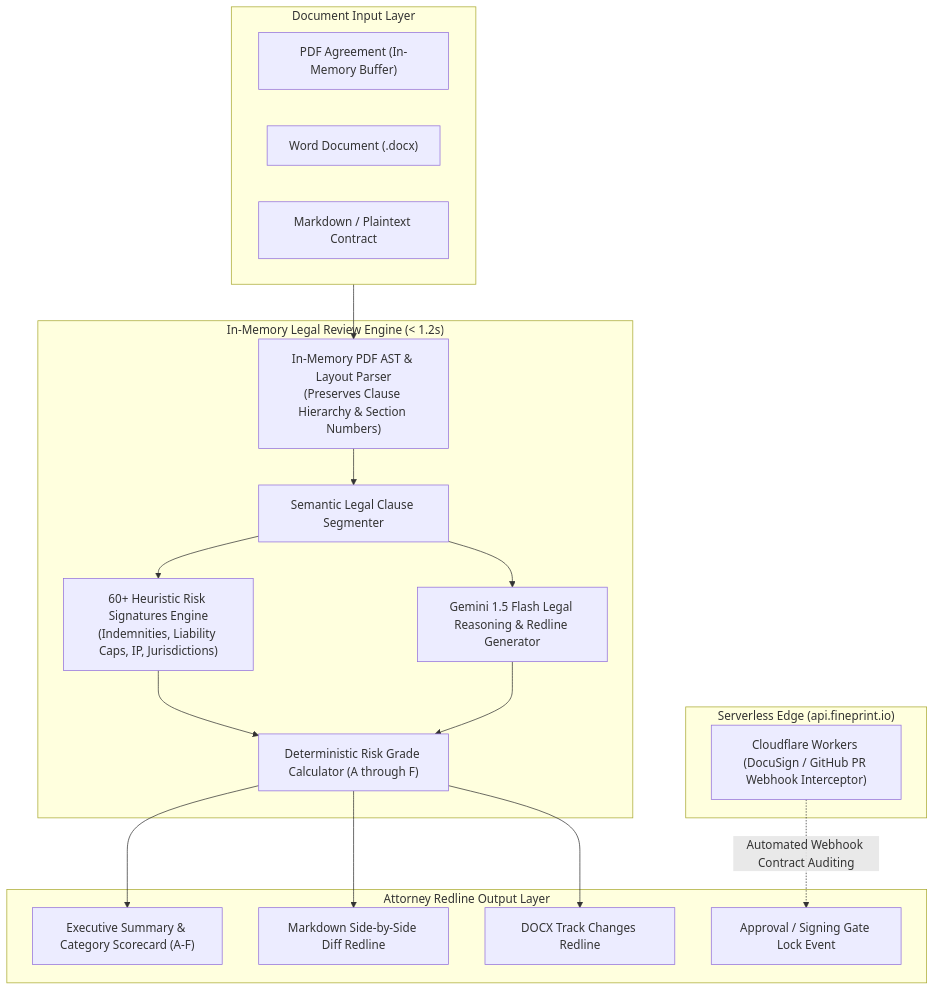
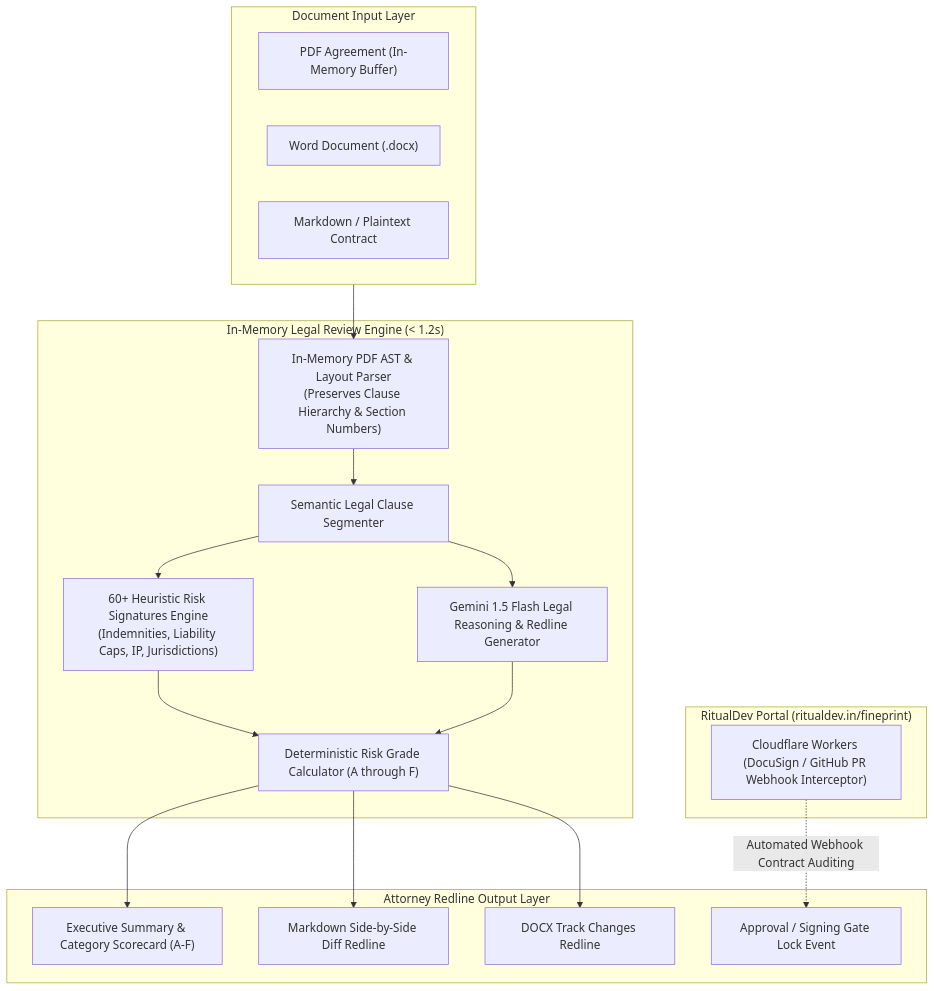
The diagram in README.md (RitualDev-Lab/FinePrintAI), drawn with Mermaid before and after one commit. The commit also changed other lines of this file and 1 other file, not shown here.

Commit message:
docs(readme): fix badges, canonical portal links, and add CHANGELOG (#8)

````diff
--- a/README.md
+++ b/README.md
@@ -39,34 +39,34 @@
 ```mermaid
 flowchart TD
     subgraph Inputs["Document Input Layer"]
         PDF["PDF Agreement (In-Memory Buffer)"]
         DOCX["Word Document (.docx)"]
         Markdown["Markdown / Plaintext Contract"]
     end
 
     subgraph CoreEngine["In-Memory Legal Review Engine (< 1.2s)"]
         ASTParser["In-Memory PDF AST & Layout Parser\n(Preserves Clause Hierarchy & Section Numbers)"]
         ClauseChunker["Semantic Legal Clause Segmenter"]
         RuleEngine["60+ Heuristic Risk Signatures Engine\n(Indemnities, Liability Caps, IP, Jurisdictions)"]
         AIScorer["Gemini 1.5 Flash Legal Reasoning & Redline Generator"]
         GradeCalc["Deterministic Risk Grade Calculator (A through F)"]
     end
 
     subgraph Exporters["Attorney Redline Output Layer"]
         ScoreReport["Executive Summary & Category Scorecard (A-F)"]
         MarkdownDiff["Markdown Side-by-Side Diff Redline"]
         DOCXTrack["DOCX Track Changes Redline"]
         WebhookAlert["Approval / Signing Gate Lock Event"]
     end
 
-    subgraph ZeroCostEdge["Serverless Edge (api.fineprint.io)"]
+    subgraph ZeroCostEdge["RitualDev Portal (ritualdev.in/fineprint)"]
         CFWorkers["Cloudflare Workers (DocuSign / GitHub PR Webhook Interceptor)"]
     end
 
     Inputs --> ASTParser
     ASTParser --> ClauseChunker
     ClauseChunker --> RuleEngine & AIScorer
     RuleEngine & AIScorer --> GradeCalc
     GradeCalc --> ScoreReport & MarkdownDiff & DOCXTrack
     CFWorkers -.->|Automated Webhook Contract Auditing| WebhookAlert
 ```
````
